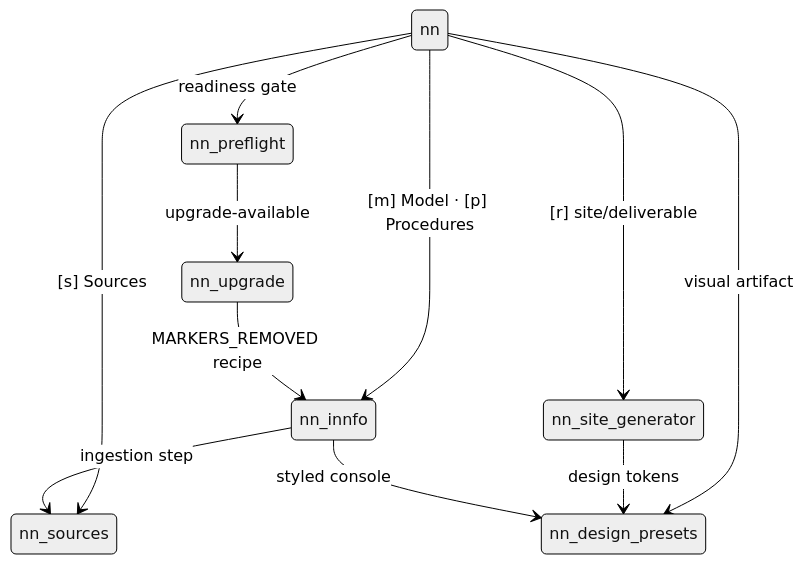
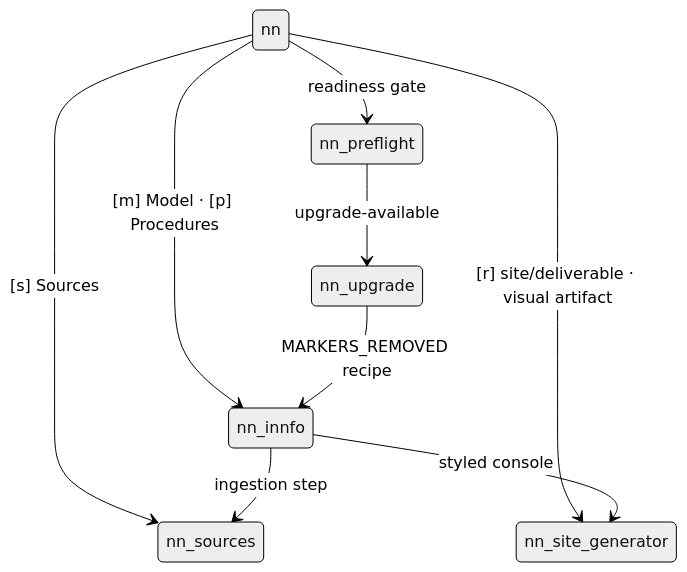
Before and after one commit to cogNNitive/cogNNitive-web: the second of 2 diagrams in docs/documentation/content/skills/interaction-flows.md, drawn with Mermaid (neutral theme). The commit also changed other lines of this file and 35 other files, not shown here.

````diff
--- a/docs/documentation/content/skills/interaction-flows.md
+++ b/docs/documentation/content/skills/interaction-flows.md
@@ -35,13 +35,11 @@
 ```mermaid
 stateDiagram-v2
     nn --> nn_preflight: readiness gate
     nn --> nn_sources: [s] Sources
     nn --> nn_innfo: [m] Model · [p] Procedures
-    nn --> nn_site_generator: [r] site/deliverable
-    nn --> nn_design_presets: visual artifact
+    nn --> nn_site_generator: [r] site/deliverable · visual artifact
     nn_preflight --> nn_upgrade: upgrade-available
     nn_upgrade --> nn_innfo: MARKERS_REMOVED recipe
-    nn_site_generator --> nn_design_presets: design tokens
     nn_innfo --> nn_sources: ingestion step
-    nn_innfo --> nn_design_presets: styled console
+    nn_innfo --> nn_site_generator: styled console
 ```
````
